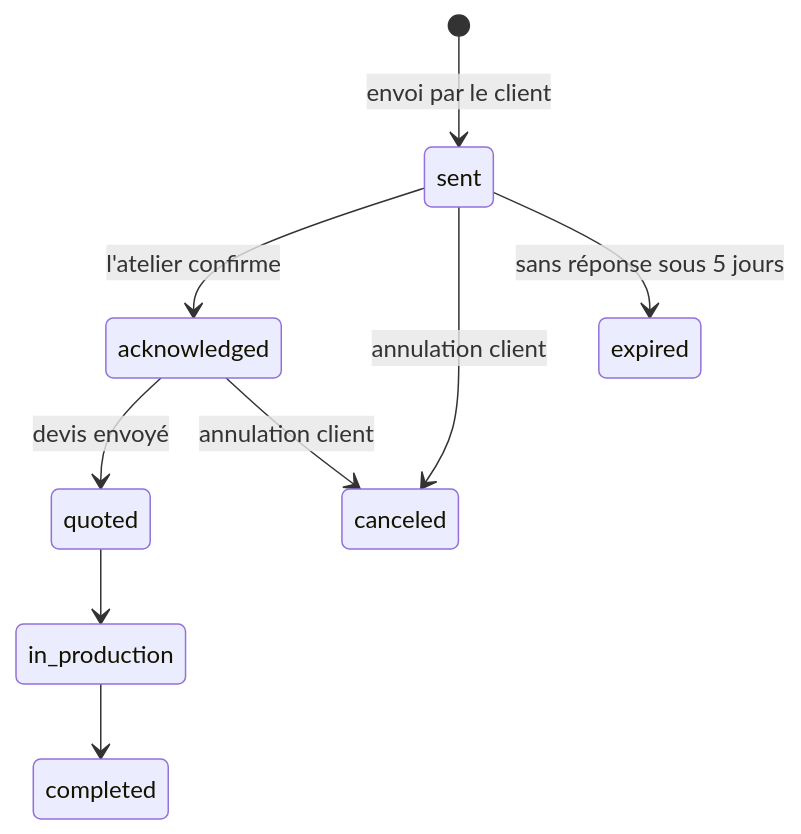
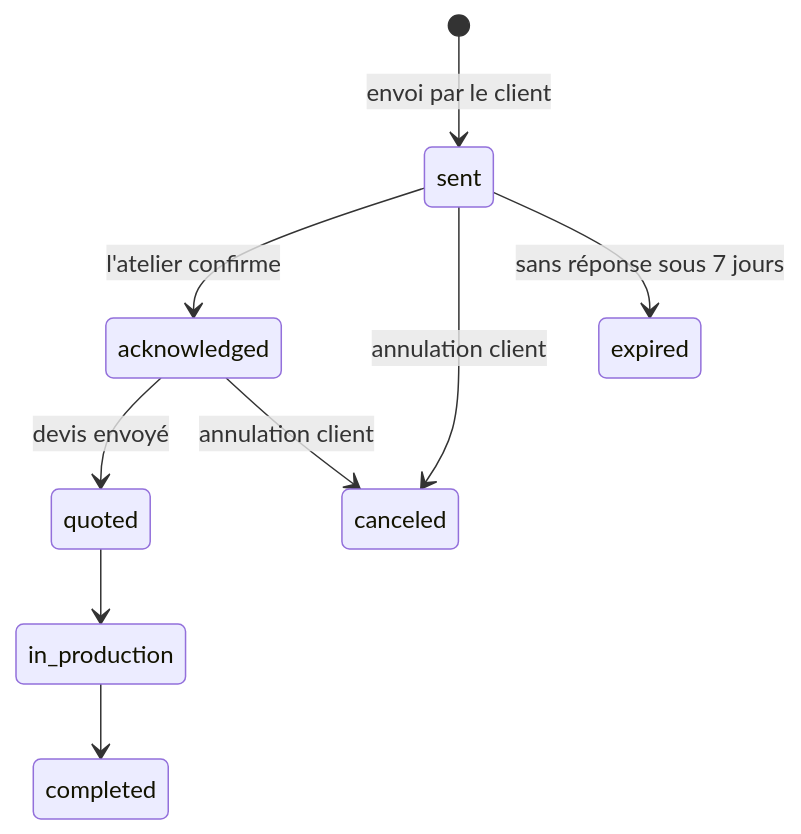
The third of 4 diagrams in docs/SPEC.md (Kilanga/logosvg), drawn with Mermaid before and after one commit. The commit also changed other lines of this file and 13 other files, not shown here.

````diff
--- a/docs/SPEC.md
+++ b/docs/SPEC.md
@@ -291,11 +291,11 @@
 ```mermaid
 stateDiagram-v2
   [*] --> sent: envoi par le client
   sent --> acknowledged: l'atelier confirme
   acknowledged --> quoted: devis envoyé
   quoted --> in_production
   in_production --> completed
   sent --> canceled: annulation client
   acknowledged --> canceled: annulation client
-  sent --> expired: sans réponse sous 5 jours
+  sent --> expired: sans réponse sous 7 jours
 ```
````
